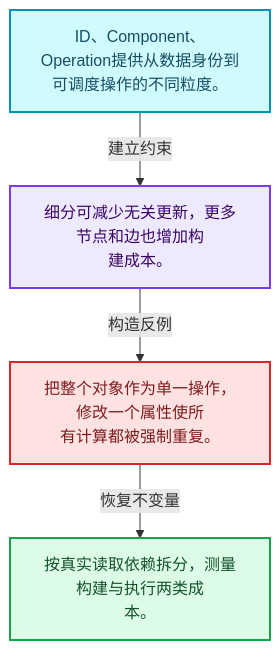
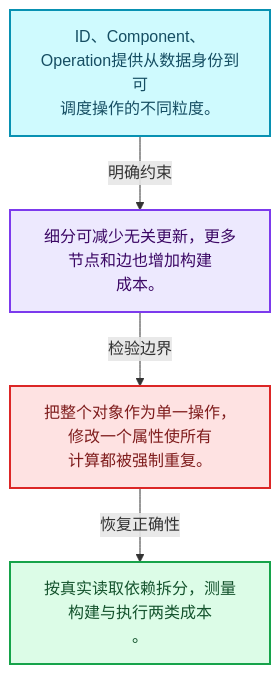
The first of 4 diagrams in 杂/markdown/全面学习-codex/11-Depsgraph与并行任务系统/02-ID组件与操作节点.md (yunkezengren/blender-.vscode), drawn with Mermaid before and after one commit. The commit also changed other lines of this file and 1930 other files, not shown here.

````diff
--- a/杂/markdown/全面学习-codex/11-Depsgraph与并行任务系统/02-ID组件与操作节点.md
+++ b/杂/markdown/全面学习-codex/11-Depsgraph与并行任务系统/02-ID组件与操作节点.md
@@ -29,16 +29,16 @@
 ```mermaid
 flowchart TB
-  M["ID、Component、Operation提供从数据身份到<br/>可调度操作的不同粒度。"]:::data
-  T["细分可减少无关更新，更多节点和边也增加构<br/>建成本。"]:::abstraction
-  X["把整个对象作为单一操作，修改一个属性使所<br/>有计算都被强制重复。"]:::error
-  A["按真实读取依赖拆分，测量构建与执行两类成<br/>本。"]:::result
-  M -->|"建立约束"| T
-  T -->|"构造反例"| X
-  X -->|"恢复不变量"| A
+  M["ID、Component、Operation提供从数据身份到可<br/>调度操作的不同粒度。"]:::data
+  C["细分可减少无关更新，更多节点和边也增加构建<br/>成本。"]:::abstraction
+  B["把整个对象作为单一操作，修改一个属性使所有<br/>计算都被强制重复。"]:::error
+  R["按真实读取依赖拆分，测量构建与执行两类成本<br/>。"]:::result
+  M -->|"明确约束"| C
+  C -->|"检验边界"| B
+  B -->|"恢复正确性"| R
   classDef input fill:#DBEAFE,stroke:#2563EB,color:#172554,stroke-width:2px;
   classDef data fill:#CFFAFE,stroke:#0891B2,color:#164E63,stroke-width:2px;
   classDef abstraction fill:#EDE9FE,stroke:#7C3AED,color:#3B0764,stroke-width:2px;
   classDef compute fill:#FEF3C7,stroke:#D97706,color:#78350F,stroke-width:2px;
   classDef result fill:#DCFCE7,stroke:#16A34A,color:#14532D,stroke-width:2px;
   classDef error fill:#FEE2E2,stroke:#DC2626,color:#7F1D1D,stroke-width:2px;
 ```
````
